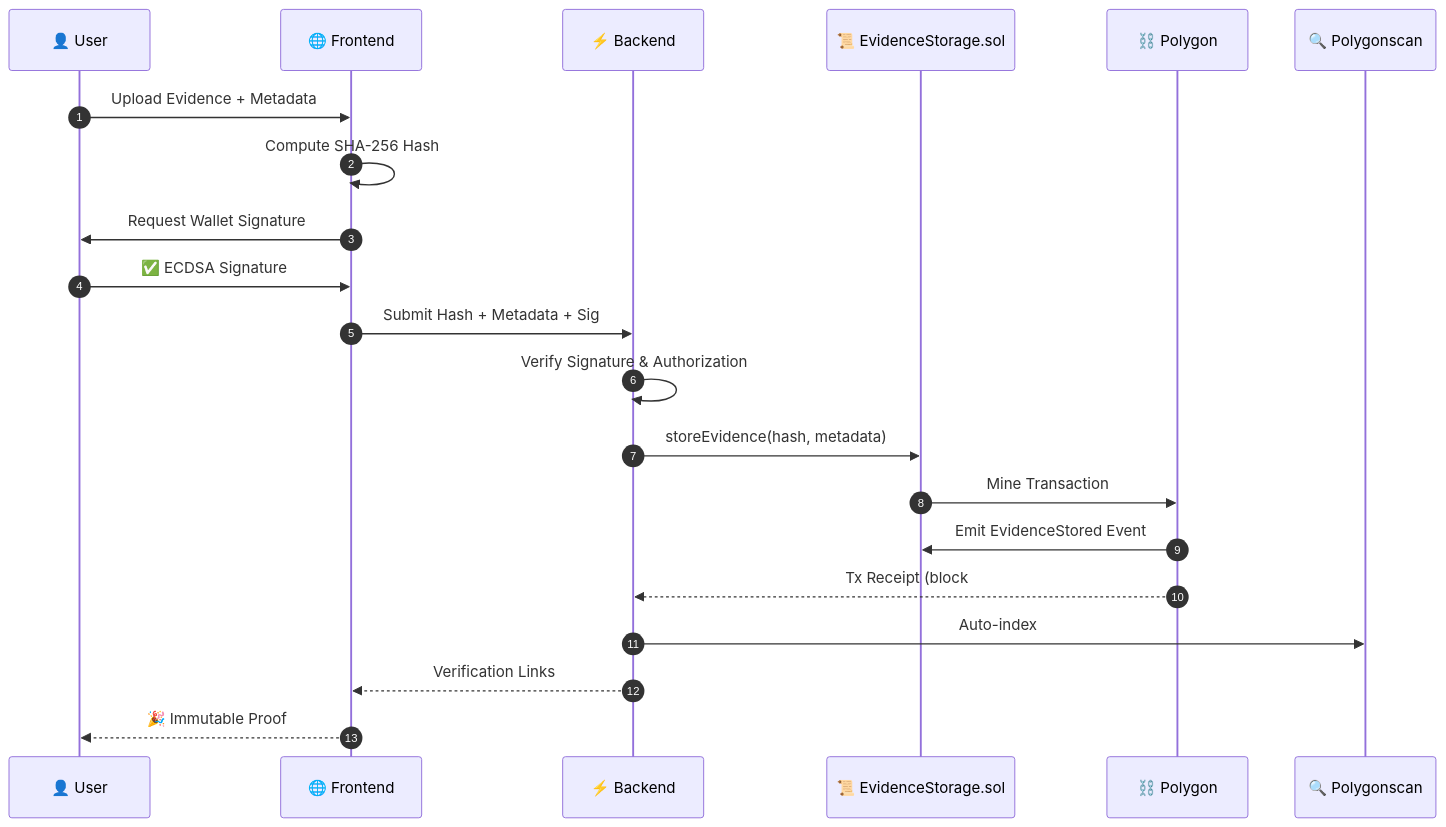
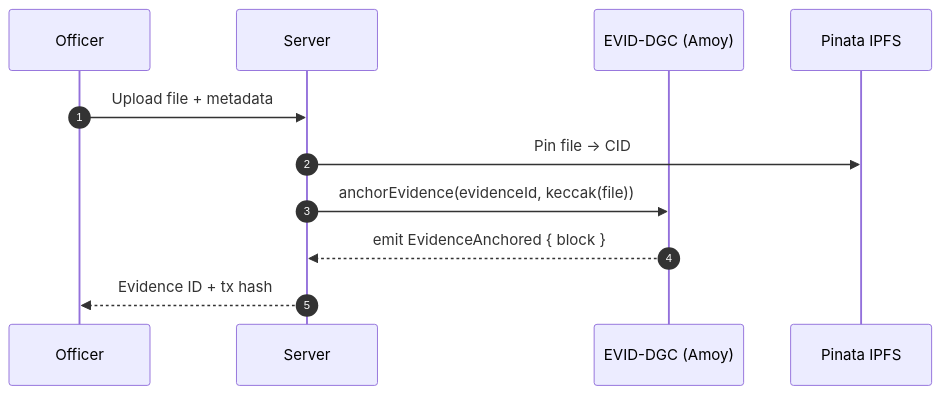
The second of 4 diagrams in README.md (Gooichand/blockchain-evidence), drawn with Mermaid before and after one commit. The commit also changed other lines of this file and 3 other files, not shown here.

Commit message:
styles: redesign README with EVID-DGC red brand and live stats

````diff
--- a/README.md
+++ b/README.md
@@ -326,24 +201,13 @@
 ```mermaid
 sequenceDiagram
     autonumber
-    participant User as 👤 User
-    participant Frontend as 🌐 Frontend
-    participant API as ⚡ Backend
-    participant Contract as 📜 EvidenceStorage.sol
-    participant Network as ⛓️ Polygon
-    participant Explorer as 🔍 Polygonscan
-    
-    User->>Frontend: Upload Evidence + Metadata
-    Frontend->>Frontend: Compute SHA-256 Hash
-    Frontend->>User: Request Wallet Signature
-    User->>Frontend: ✅ ECDSA Signature
-    Frontend->>API: Submit Hash + Metadata + Sig
-    API->>API: Verify Signature & Authorization
-    API->>Contract: storeEvidence(hash, metadata)
-    Contract->>Network: Mine Transaction
-    Network->>Contract: Emit EvidenceStored Event
-    Network-->>API: Tx Receipt (block#, gas)
-    API->>Explorer: Auto-index
-    API-->>Frontend: Verification Links
-    Frontend-->>User: 🎉 Immutable Proof
+    participant O as Officer
+    participant S as Server
+    participant C as EVID-DGC (Amoy)
+    participant I as Pinata IPFS
+    O->>S: Upload file + metadata
+    S->>I: Pin file → CID
+    S->>C: anchorEvidence(evidenceId, keccak(file))
+    C-->>S: emit EvidenceAnchored { block }
+    S-->>O: Evidence ID + tx hash
 ```
````
